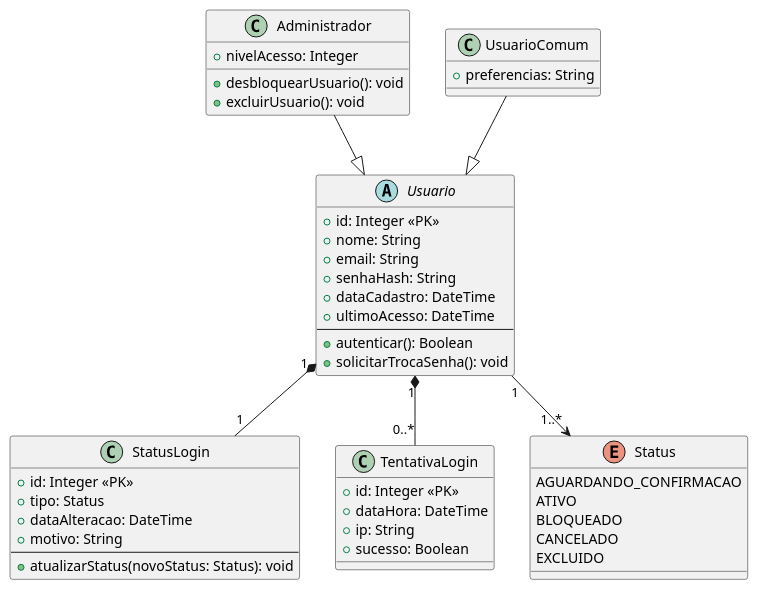
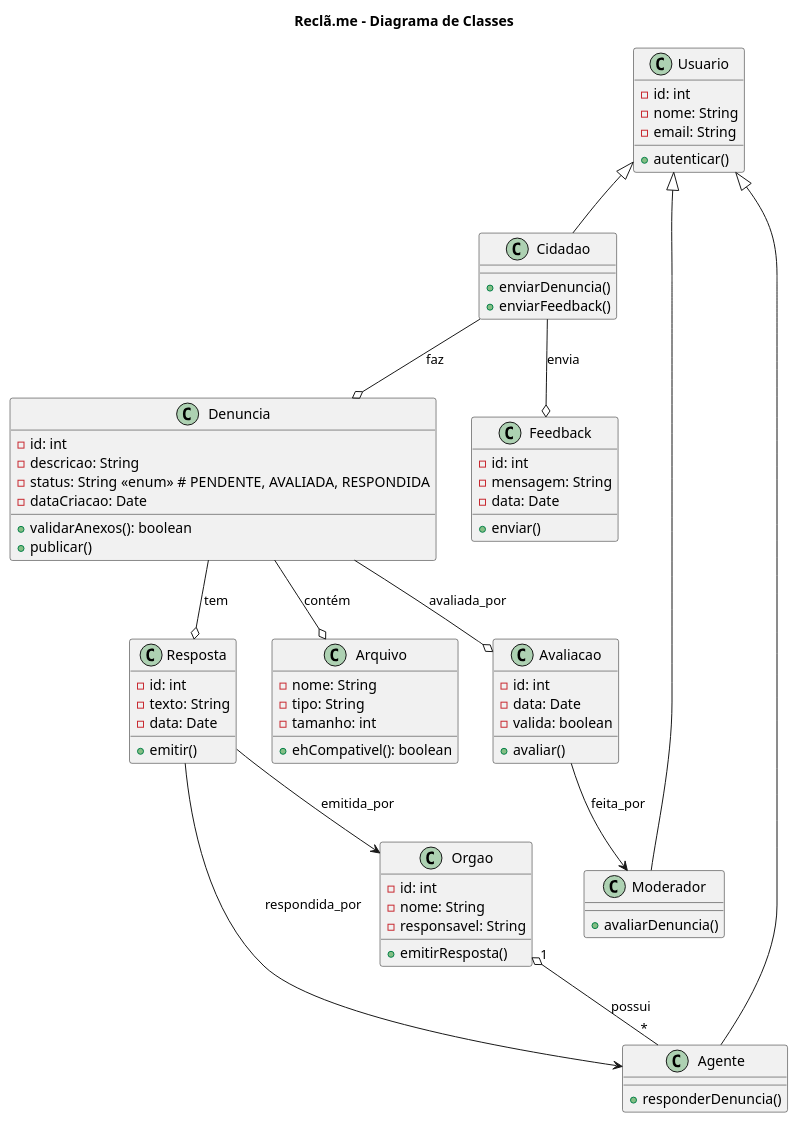
Before and after one commit to rafa-alves6/Reclama.se-AOO: the second of 2 diagrams in modelos/readme.md, drawn with PlantUML.

Commit message:
Add Class Diagram

````diff
--- a/modelos/readme.md
+++ b/modelos/readme.md
@@ -67,59 +67,89 @@
 ```plantuml
 @startuml
-skinparam groupInheritance 2
-abstract class Usuario {
-  + id: Integer <<PK>>
-  + nome: String
-  + email: String
-  + senhaHash: String
-  + dataCadastro: DateTime
-  + ultimoAcesso: DateTime
-  --
-  + autenticar(): Boolean
-  + solicitarTrocaSenha(): void
+title Reclã.me - Diagrama de Classes
+
+class Usuario {
+  - id: int
+  - nome: String
+  - email: String
+  + autenticar()
 }
 
-class Administrador {
-  + nivelAcesso: Integer
-  + desbloquearUsuario(): void
-  + excluirUsuario(): void
+class Cidadao extends Usuario {
+  + enviarDenuncia()
+  + enviarFeedback()
 }
 
-class UsuarioComum {
-  + preferencias: String
+class Moderador extends Usuario {
+  + avaliarDenuncia()
 }
 
-class StatusLogin{
-  + id: Integer <<PK>>
-  + tipo: Status
-  + dataAlteracao: DateTime
-  + motivo: String
-  --
-  + atualizarStatus(novoStatus: Status): void
+class Agente extends Usuario {
+  + responderDenuncia()
 }
 
-class TentativaLogin {
-  + id: Integer <<PK>>
-  + dataHora: DateTime
-  + ip: String
-  + sucesso: Boolean
+Usuario -[hidden]-> Cidadao
+Usuario -[hidden]-> Moderador
+Usuario -[hidden]-> Agente
+
+class Denuncia {
+  - id: int
+  - descricao: String
+  - status: String <<enum>> # PENDENTE, AVALIADA, RESPONDIDA
+  - dataCriacao: Date
+  + validarAnexos(): boolean
+  + publicar()
 }
 
-Usuario "1" *-- "1" StatusLogin
-Usuario "1" *-- "0..*" TentativaLogin
-
-Administrador --|> Usuario
-UsuarioComum --|> Usuario
-
-enum Status {
-  AGUARDANDO_CONFIRMACAO
-  ATIVO
-  BLOQUEADO
-  CANCELADO
-  EXCLUIDO
+class Feedback {
+  - id: int
+  - mensagem: String
+  - data: Date
+  + enviar()
 }
 
-Usuario "1" --> "1..*" Status
+class Arquivo {
+  - nome: String
+  - tipo: String
+  - tamanho: int
+  + ehCompativel(): boolean
+}
 
+Denuncia --o Arquivo : contém
+
+class Avaliacao {
+  - id: int
+  - data: Date
+  - valida: boolean
+  + avaliar()
+}
+
+class Resposta {
+  - id: int
+  - texto: String
+  - data: Date
+  + emitir()
+}
+
+class Orgao {
+  - id: int
+  - nome: String
+  - responsavel: String
+  + emitirResposta()
+}
+
+
+Denuncia --o Avaliacao : avaliada_por
+Avaliacao --> Moderador : feita_por
+
+Denuncia --o Resposta : tem
+Resposta --> Orgao : emitida_por
+Resposta --> Agente : respondida_por
+
+Orgao "1" o-- "*" Agente : possui
+
+
+Cidadao --o Denuncia : faz
+Cidadao --o Feedback : envia
 @enduml
 ```
````
